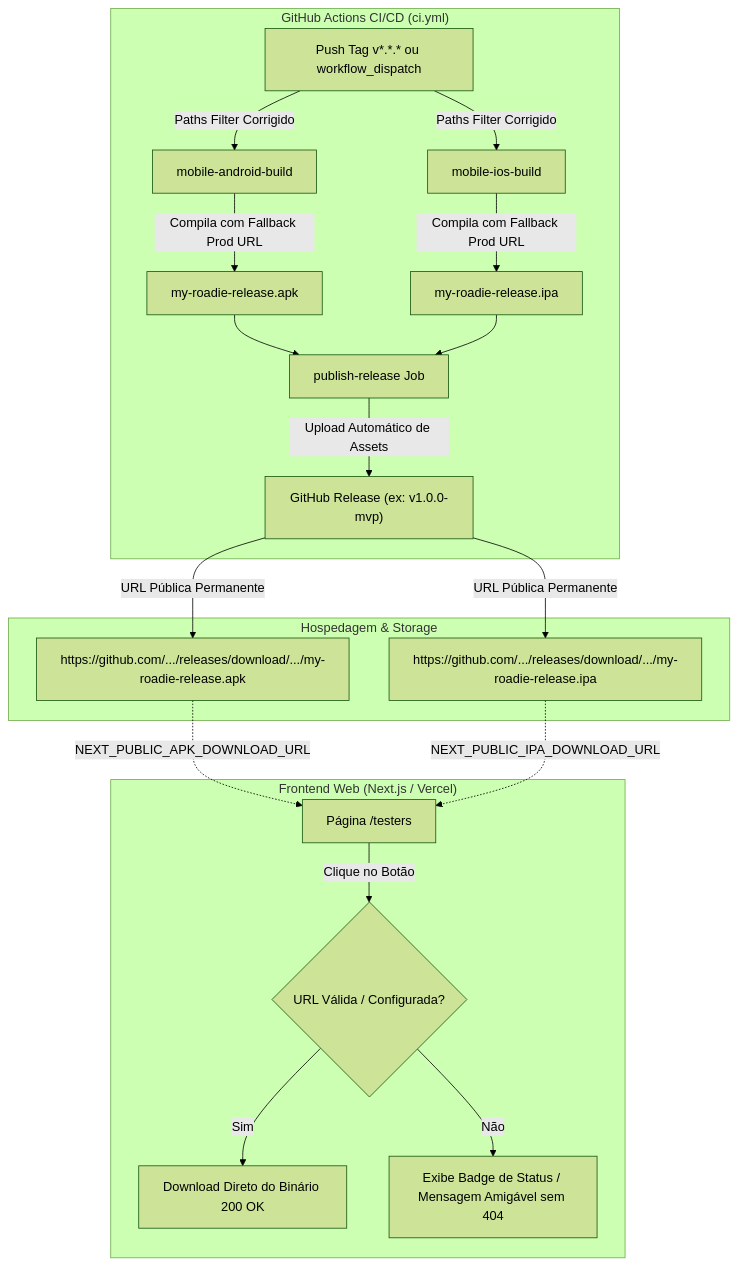
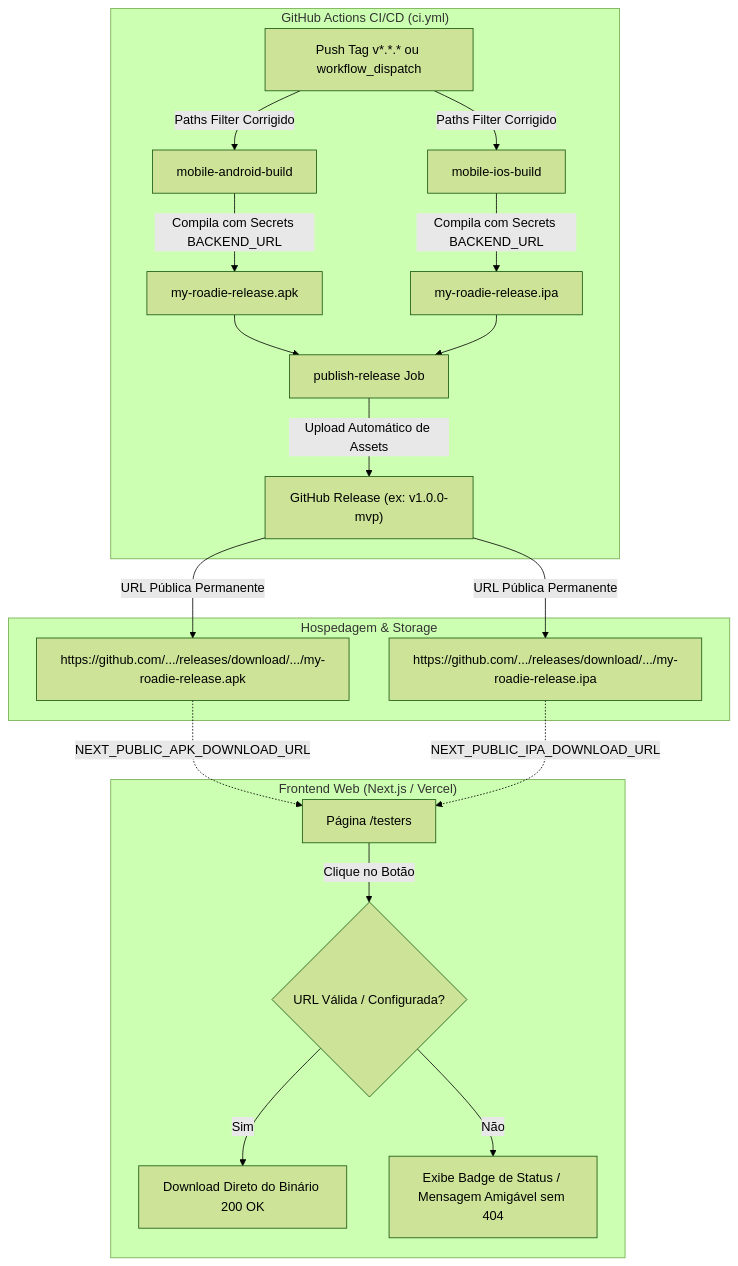
Before and after one commit to LucasDavid80/my-roadie-platform: the diagram in specs/018-distribuicao-executaveis-mvp/plan.md, drawn with Mermaid (forest theme). The commit also changed other lines of this file and 3 other files, not shown here.

Commit message:
fix(ci): reverter fallback hardcoded de BACKEND_URL priorizando segredos

````diff
--- a/specs/018-distribuicao-executaveis-mvp/plan.md
+++ b/specs/018-distribuicao-executaveis-mvp/plan.md
@@ -5,25 +5,25 @@
 ```mermaid
 flowchart TD
     subgraph CI_CD["GitHub Actions CI/CD (ci.yml)"]
         A[Push Tag v*.*.* ou workflow_dispatch] -->|Paths Filter Corrigido| B[mobile-android-build]
         A -->|Paths Filter Corrigido| C[mobile-ios-build]
-        B -->|Compila com Fallback Prod URL| D["my-roadie-release.apk"]
-        C -->|Compila com Fallback Prod URL| E["my-roadie-release.ipa"]
+        B -->|Compila com Secrets BACKEND_URL| D["my-roadie-release.apk"]
+        C -->|Compila com Secrets BACKEND_URL| E["my-roadie-release.ipa"]
         D --> F[publish-release Job]
         E --> F
         F -->|Upload Automático de Assets| G["GitHub Release (ex: v1.0.0-mvp)"]
     end
 
     subgraph Hosting["Hospedagem & Storage"]
         G -->|URL Pública Permanente| H["https://github.com/.../releases/download/.../my-roadie-release.apk"]
         G -->|URL Pública Permanente| I["https://github.com/.../releases/download/.../my-roadie-release.ipa"]
     end
 
     subgraph Frontend["Frontend Web (Next.js / Vercel)"]
         H -.->|NEXT_PUBLIC_APK_DOWNLOAD_URL| J["Página /testers"]
         I -.->|NEXT_PUBLIC_IPA_DOWNLOAD_URL| J
         J -->|Clique no Botão| K{URL Válida / Configurada?}
         K -->|Sim| L[Download Direto do Binário 200 OK]
         K -->|Não| M[Exibe Badge de Status / Mensagem Amigável sem 404]
     end
 ```
````
